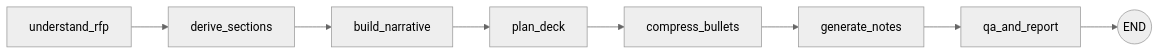
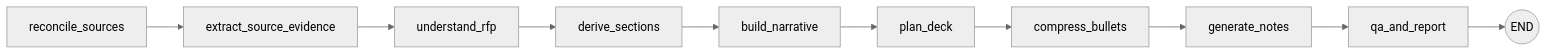
Before and after one commit to purushottama-mudiganti/rfp2deck_v1.0: the diagram in README.md, drawn with Mermaid (neutral theme). The commit also changed other lines of this file and 26 other files, not shown here.

````diff
--- a/README.md
+++ b/README.md
@@ -66,10 +67,12 @@
 ```mermaid
 flowchart LR
-    A[understand_rfp] --> B[derive_sections]
+    S[reconcile_sources] --> X[extract_source_evidence]
+    X --> A[understand_rfp]
+    A --> B[derive_sections]
     B --> C[build_narrative]
     C --> D[plan_deck]
     D --> E[compress_bullets]
     E --> F[generate_notes]
     F --> G[qa_and_report]
     G --> H((END))
 ```
````
